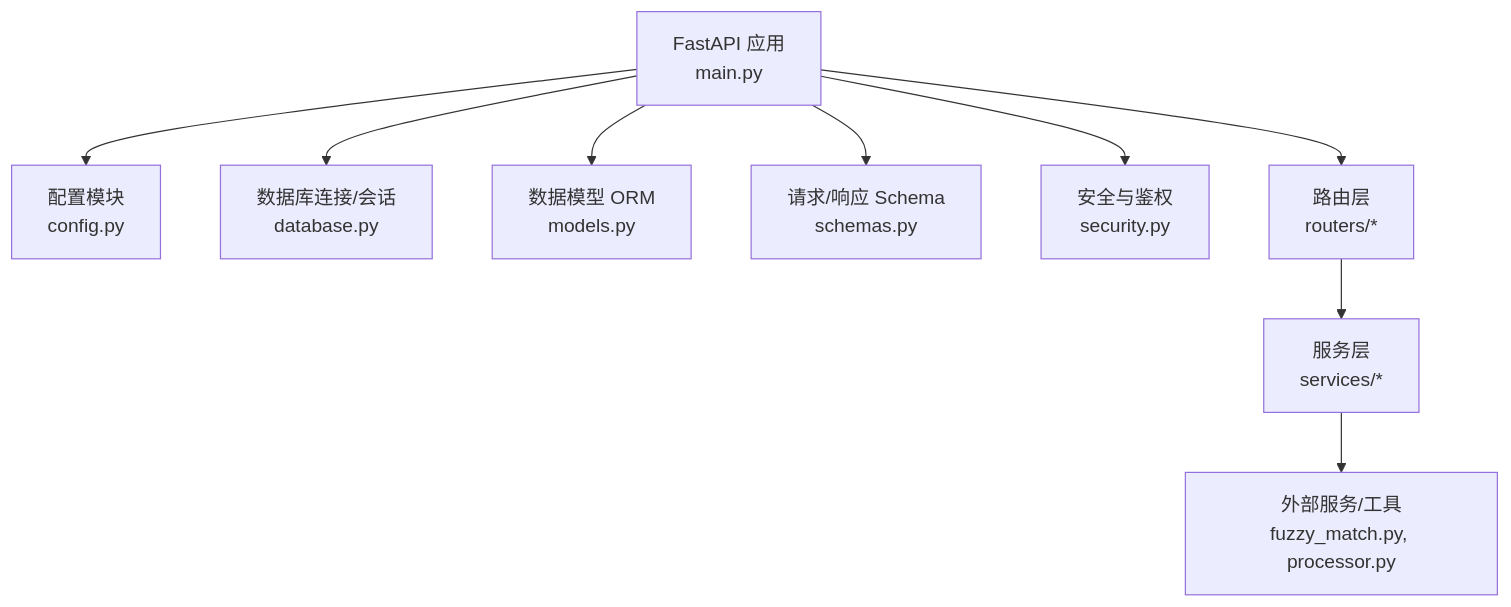
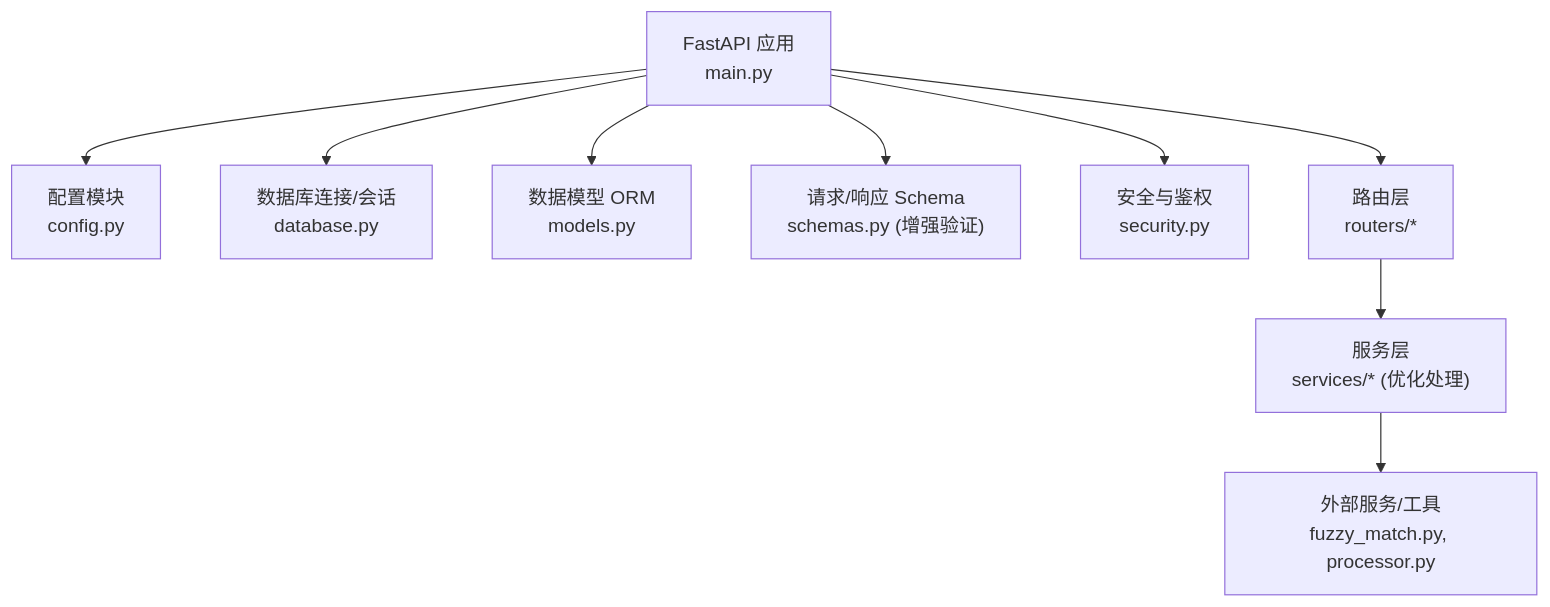
One commit to xufuyu/Lumen changed the first of 6 diagrams in .qoder/repowiki/zh/content/后端开发/后端开发.md. Above: the diagram before and after it, drawn with Mermaid. The commit also changed other lines of this file and 43 other files, not shown here.

````diff
--- a/.qoder/repowiki/zh/content/后端开发/后端开发.md
+++ b/.qoder/repowiki/zh/content/后端开发/后端开发.md
@@ -51,11 +60,11 @@
 ```mermaid
 graph TB
 A["FastAPI 应用<br/>main.py"] --> B["配置模块<br/>config.py"]
 A --> C["数据库连接/会话<br/>database.py"]
 A --> D["数据模型 ORM<br/>models.py"]
-A --> E["请求/响应 Schema<br/>schemas.py"]
+A --> E["请求/响应 Schema<br/>schemas.py (增强验证)"]
 A --> F["安全与鉴权<br/>security.py"]
 A --> G["路由层<br/>routers/*"]
-G --> H["服务层<br/>services/*"]
+G --> H["服务层<br/>services/* (优化处理)"]
 H --> I["外部服务/工具<br/>fuzzy_match.py, processor.py"]
 ```
````
